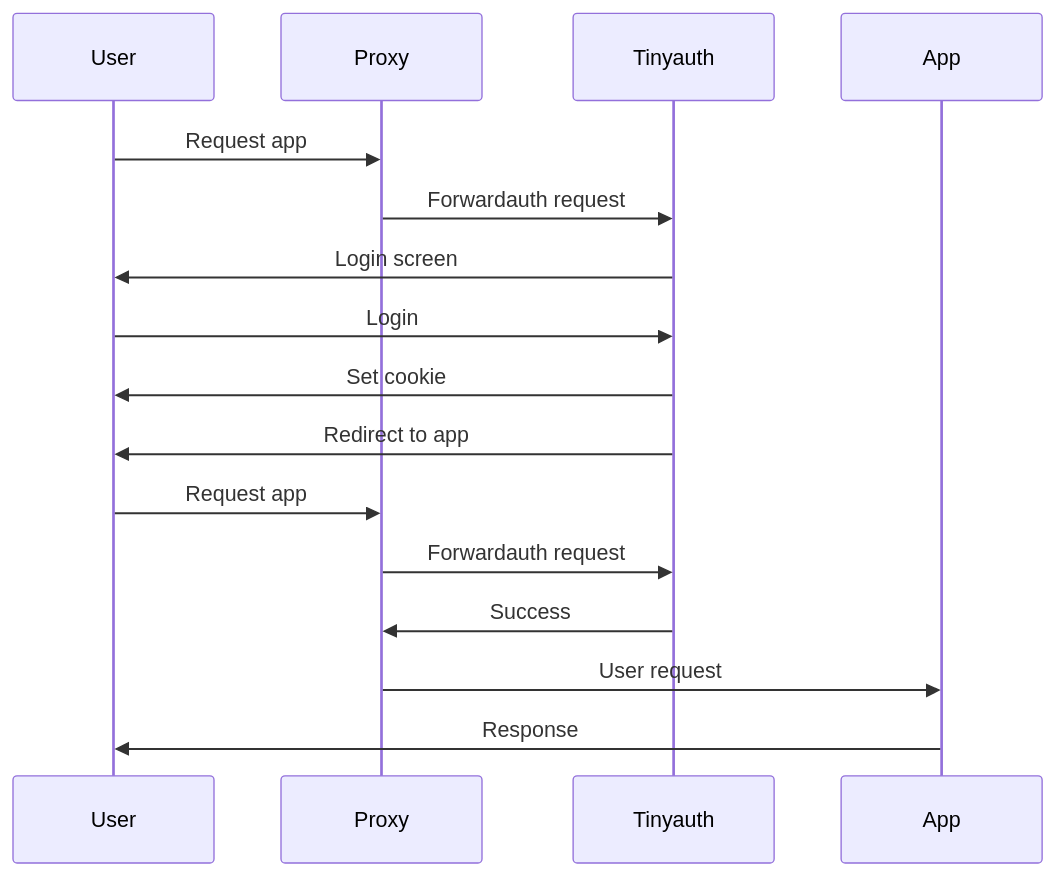
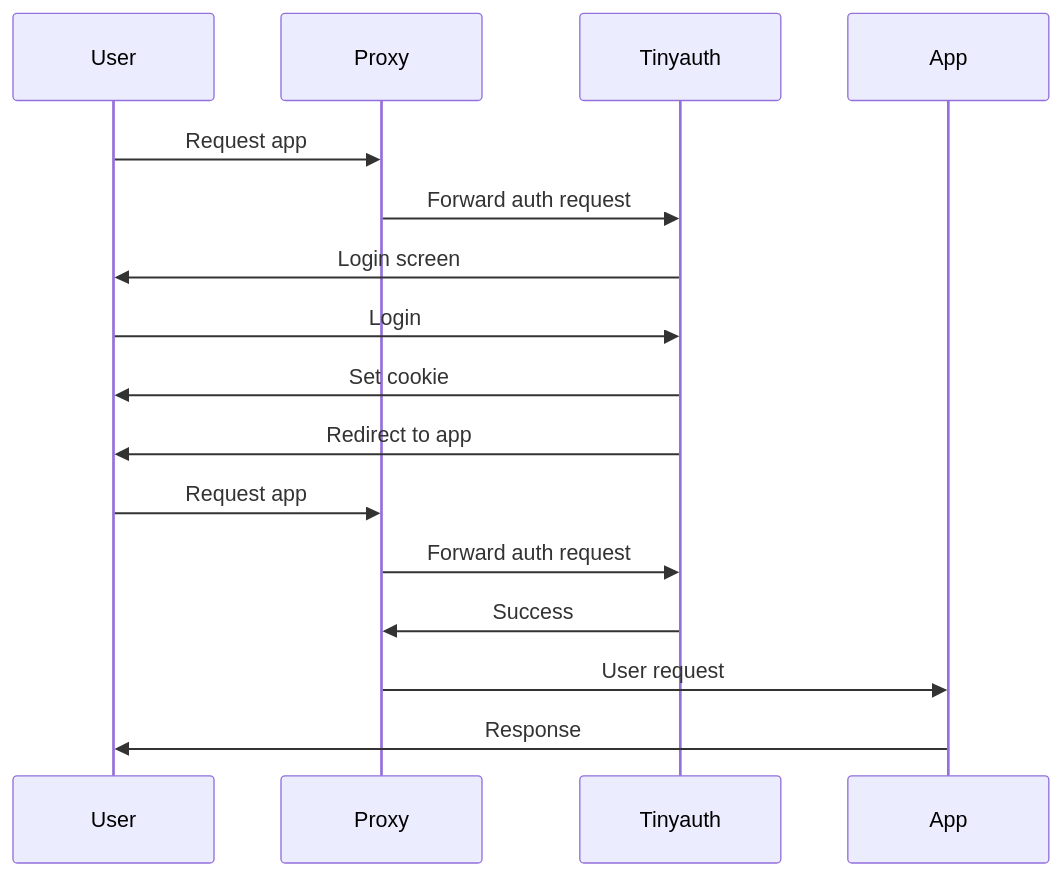
One commit to steveiliop56/tinyauth-docs changed the diagram in docs/reference/flow.md. Above: the diagram before and after it, drawn with Mermaid. The commit also changed other lines of this file and 104 other files, not shown here.

````diff
--- a/docs/reference/flow.md
+++ b/docs/reference/flow.md
@@ -5,14 +9,14 @@
 ```mermaid
 sequenceDiagram
     User->>Proxy: Request app
-    Proxy->>Tinyauth: Forwardauth request
+    Proxy->>Tinyauth: Forward auth request
     Tinyauth->>User: Login screen
     User->>Tinyauth: Login
     Tinyauth->>User: Set cookie
     Tinyauth->>User: Redirect to app
     User->>Proxy: Request app
-    Proxy->>Tinyauth: Forwardauth request
+    Proxy->>Tinyauth: Forward auth request
     Tinyauth->>Proxy: Success
     Proxy->>App: User request
     App->>User: Response
 ```
````
